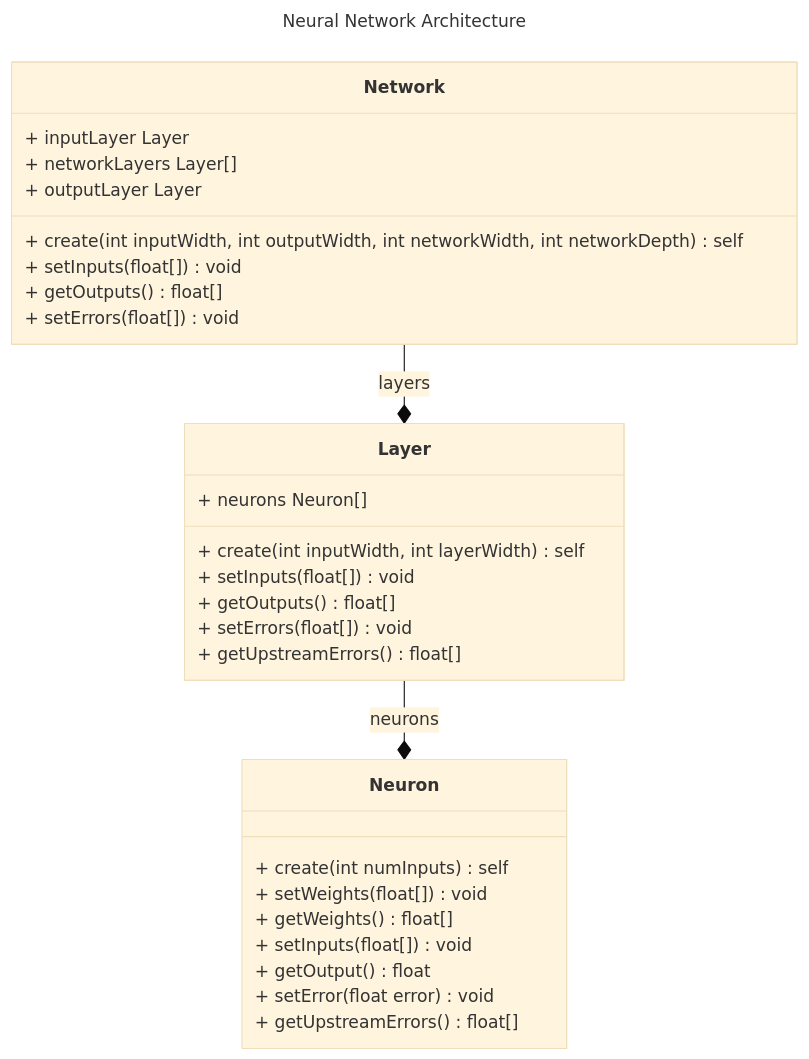
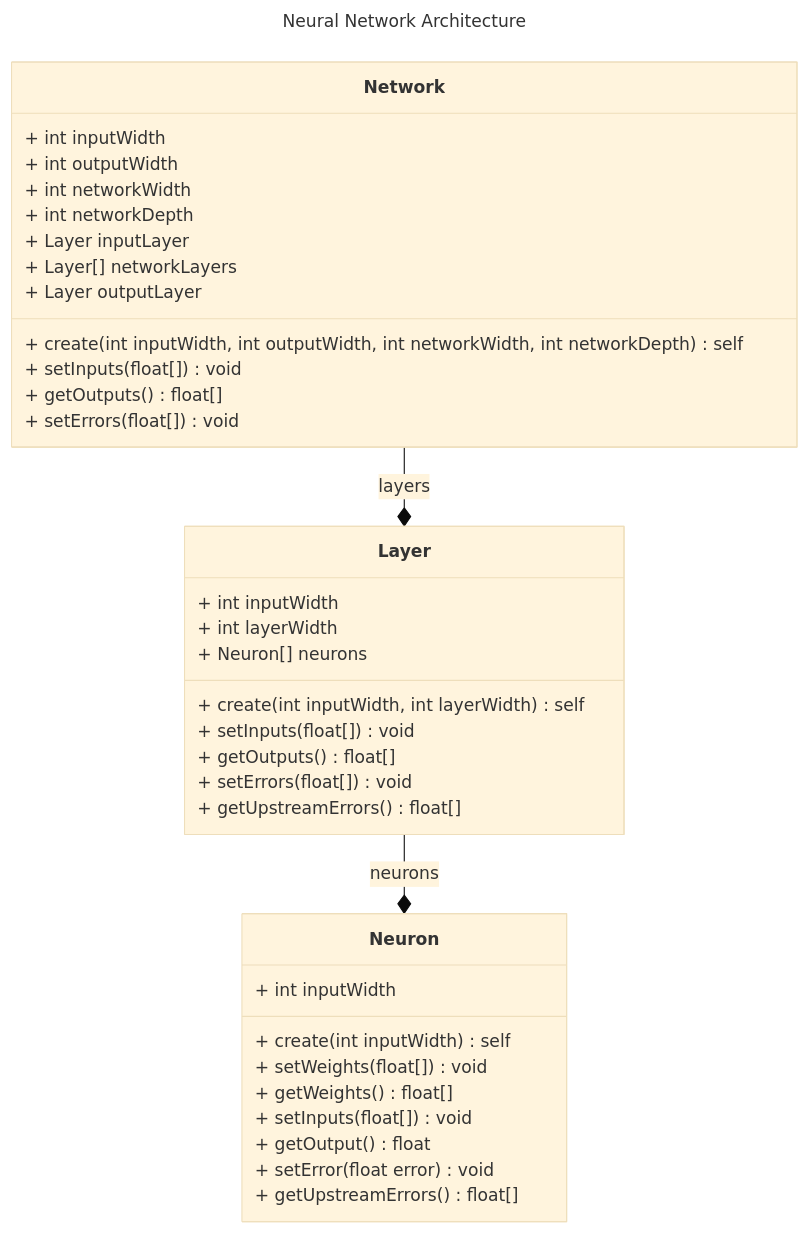
The diagram in Readme.md (mficzel/NeuralNetworkPlayground), drawn with Mermaid (base theme) before and after one commit.

````diff
--- a/Readme.md
+++ b/Readme.md
@@ -1,43 +1,50 @@
 ```mermaid
 ---
 title: Neural Network Architecture
 ---
 classDiagram
 
   class Network {
-     + inputLayer Layer
-     + networkLayers Layer[]
-     + outputLayer Layer 
+     + int inputWidth
+     + int outputWidth
+     + int networkWidth
+     + int networkDepth
+     + Layer inputLayer
+     + Layer[] networkLayers 
+     + Layer outputLayer  
      + create(int inputWidth, int outputWidth, int networkWidth, int networkDepth) self
 
      + setInputs(float[]) void
      + getOutputs() float[]
 
      + setErrors(float[]) void
   }
 
   class Layer {
-     + neurons Neuron[]
+     + int inputWidth
+     + int layerWidth
+     + Neuron[] neurons 
      + create(int inputWidth, int layerWidth) self
 
      + setInputs(float[]) void
      + getOutputs() float[]
      
      + setErrors(float[]) void
      + getUpstreamErrors() float[]
   }
 
   class Neuron {
-     + create(int numInputs) self
+     + int inputWidth
+     + create(int inputWidth) self
      + setWeights(float[]) void
      + getWeights() float[]
      + setInputs(float[]) void
      + getOutput() float
 
      + setError(float error) void
      + getUpstreamErrors() float[]
   }
 
   Network --* Layer : layers
   Layer --* Neuron : neurons
 ```
````
